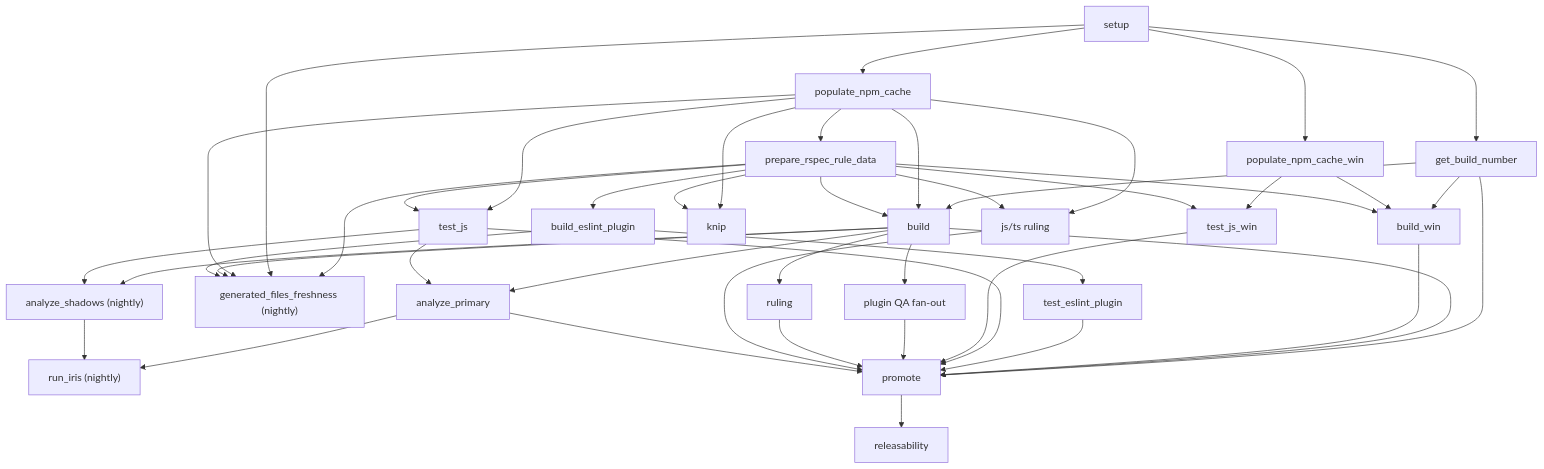
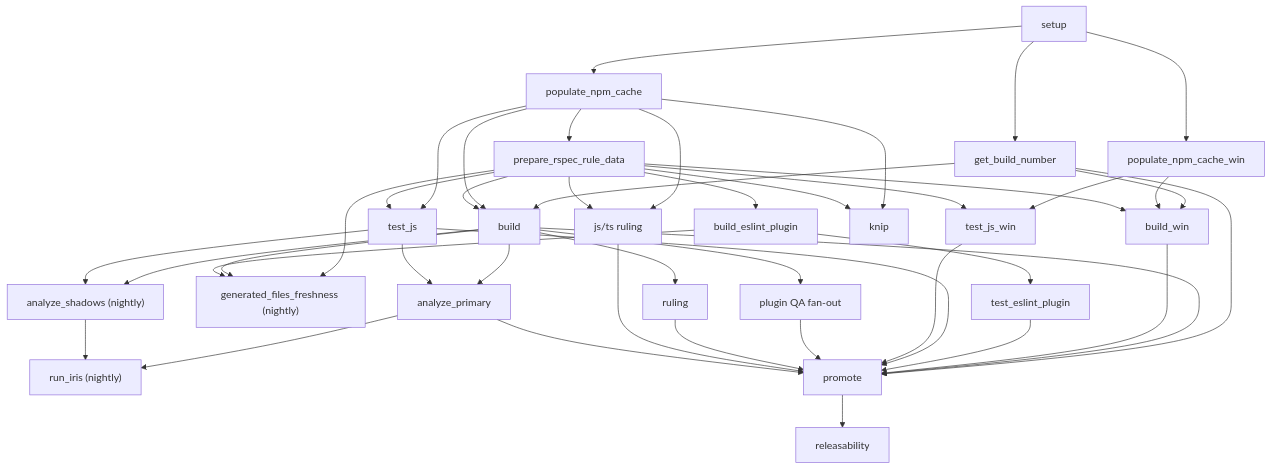
The first of 4 diagrams in docs/CI.md (SonarSource/SonarJS), drawn with Mermaid before and after one commit. The commit also changed other lines of this file and 1 other file, not shown here.

````diff
--- a/docs/CI.md
+++ b/docs/CI.md
@@ -88,59 +88,57 @@
 ```mermaid
 flowchart TD
   A["setup"] --> B["get_build_number"]
   A --> C["populate_npm_cache"]
   A --> D["populate_npm_cache_win"]
   C --> E["prepare_rspec_rule_data"]
 
   B --> F["build"]
   C --> F
   E --> F
 
   B --> G["build_win"]
   D --> G
   E --> G
 
   E --> H["build_eslint_plugin"]
   H --> I["test_eslint_plugin"]
 
   C --> J["test_js"]
   E --> J
 
   D --> K["test_js_win"]
   E --> K
 
   C --> L["knip"]
   E --> L
 
   E --> M
-  A --> M
-  C --> M
   F --> M
   H --> M["generated_files_freshness (nightly)"]
 
   F --> N["plugin QA fan-out"]
   F --> O["ruling"]
   C --> P["js/ts ruling"]
   E --> P
 
   F --> Q["analyze_primary"]
   J --> Q
   F --> R["analyze_shadows (nightly)"]
   J --> R
 
   Q --> S["run_iris (nightly)"]
   R --> S
 
   B --> T["promote"]
   F --> T
   G --> T
   I --> T
   J --> T
   K --> T
   N --> T
   O --> T
   P --> T
   Q --> T
 
   T --> U["releasability"]
 ```
````
